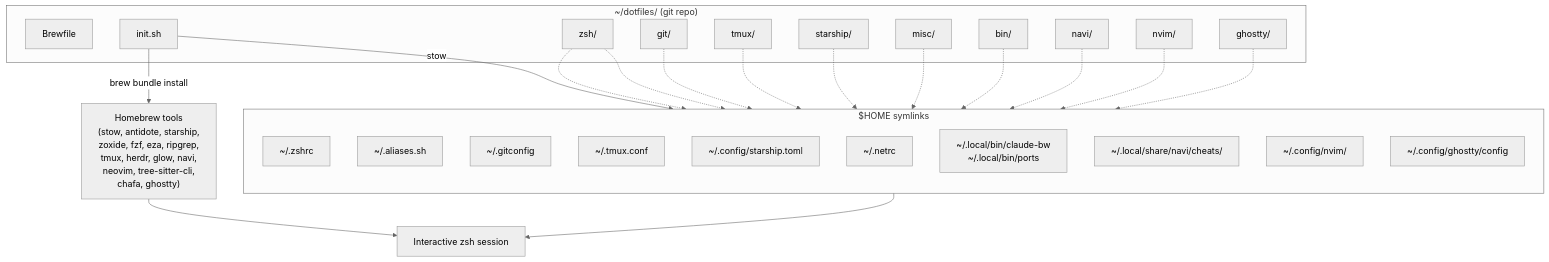
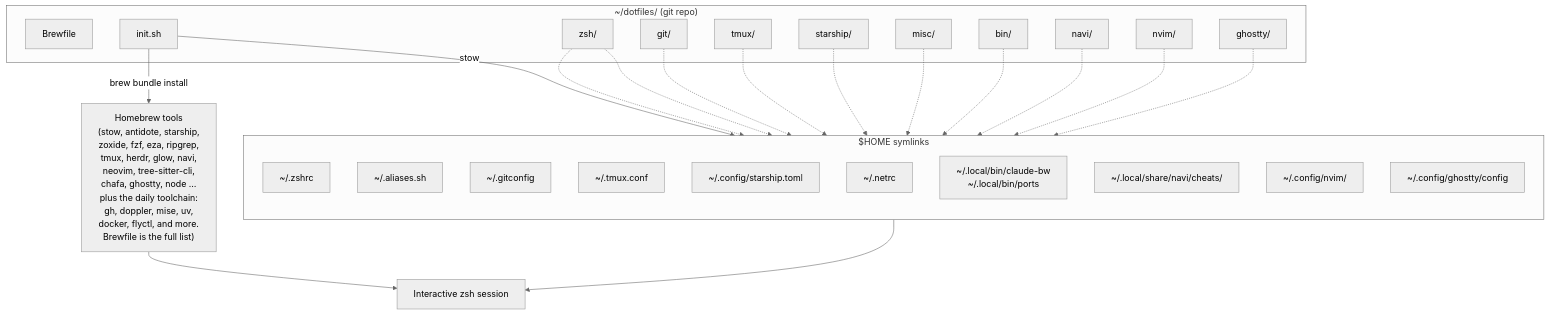
One commit to meninoebom/dotfiles changed the diagram in README.md. Above: the diagram before and after it, drawn with Mermaid (neutral theme). The commit also changed 2 other files, not shown here.

Commit message:
Brewfile: add node and the daily toolchain, not just dotfile deps
node is the immediate fix: Mason installs ts_ls and pyright through npm, so on
a machine without node it silently installed only lua_ls and reported a
mason-lspconfig failure.

That was the fifth fresh-machine break from the same cause, so this also closes
the gap generally. Adds tools this repo calls directly (gum for bin/ports,
docker for the aliases, pandoc for its cheatsheet) plus the daily toolchain
that was installed by hand and never recorded: gh, doppler, mise, uv, direnv,
lazygit, flyctl, railway, and friends.

Reframes the file header accordingly: it is now the machine manifest, not just
the dotfiles' own dependencies.

Known gap left alone deliberately: bin/.local/bin/claude-bw needs the Bitwarden
CLI, which is not installed on any machine, so it is not added here.

````diff
--- a/README.md
+++ b/README.md
@@ -20,47 +20,47 @@
 ```mermaid
 flowchart TD
     subgraph src["~/dotfiles/ (git repo)"]
         BF[Brewfile]
         IS[init.sh]
         Z[zsh/]
         G[git/]
         TM[tmux/]
         ST[starship/]
         MS[misc/]
         BN[bin/]
         NV[navi/]
         NE[nvim/]
         GH[ghostty/]
     end
 
-    IS -->|brew bundle install| TOOLS["Homebrew tools<br/>(stow, antidote, starship,<br/>zoxide, fzf, eza, ripgrep,<br/>tmux, herdr, glow, navi,<br/>neovim, tree-sitter-cli,<br/>chafa, ghostty)"]
+    IS -->|brew bundle install| TOOLS["Homebrew tools<br/>(stow, antidote, starship,<br/>zoxide, fzf, eza, ripgrep,<br/>tmux, herdr, glow, navi,<br/>neovim, tree-sitter-cli,<br/>chafa, ghostty, node …<br/>plus the daily toolchain:<br/>gh, doppler, mise, uv,<br/>docker, flyctl, and more.<br/>Brewfile is the full list)"]
     IS -->|stow| LINKS
 
     subgraph LINKS["$HOME symlinks"]
         direction TB
         HZ["~/.zshrc"]
         HA["~/.aliases.sh"]
         HG["~/.gitconfig"]
         HT["~/.tmux.conf"]
         HS["~/.config/starship.toml"]
         HN["~/.netrc"]
         HB["~/.local/bin/claude-bw<br/>~/.local/bin/ports"]
         HC["~/.local/share/navi/cheats/"]
         HV["~/.config/nvim/"]
         HGH["~/.config/ghostty/config"]
     end
 
     Z -.-> HZ
     Z -.-> HA
     G -.-> HG
     TM -.-> HT
     ST -.-> HS
     MS -.-> HN
     BN -.-> HB
     NV -.-> HC
     NE -.-> HV
     GH -.-> HGH
 
     LINKS --> SHELL["Interactive zsh session"]
     TOOLS --> SHELL
 ```
````
